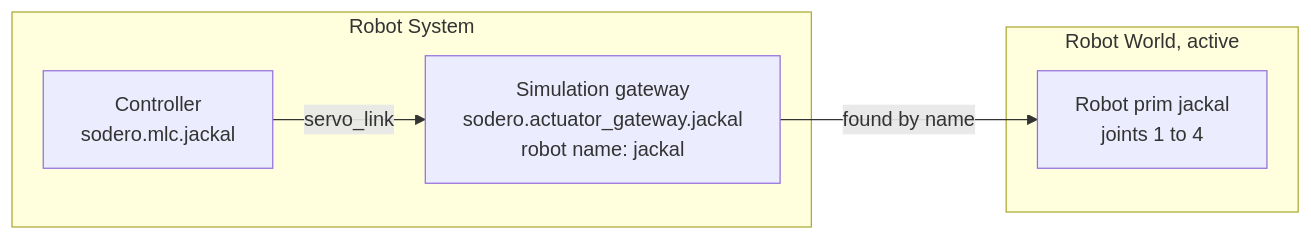
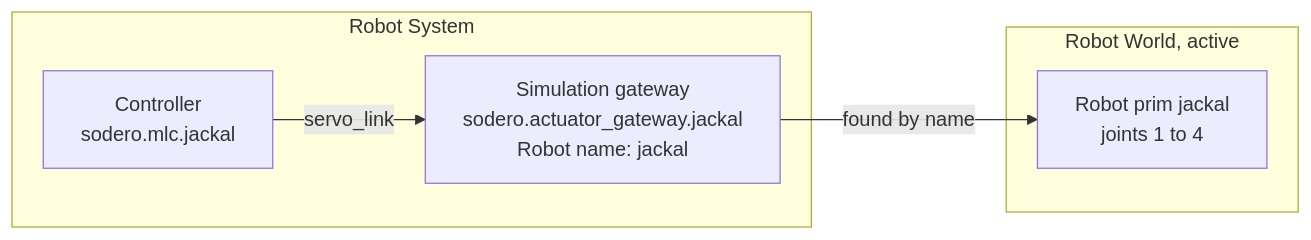
The diagram in sodero-cloud/docs/station/world_connection/index.md (Sodero-labs/docs), drawn with Mermaid before and after one commit. The commit also changed other lines of this file and 124 other files, not shown here.

````diff
--- a/sodero-cloud/docs/station/world_connection/index.md
+++ b/sodero-cloud/docs/station/world_connection/index.md
@@ -5,10 +5,10 @@
 ```mermaid
 flowchart LR
     subgraph RS ["Robot System"]
-        C["Controller<br>sodero.mlc.jackal"] -- servo_link --> G["Simulation gateway<br>sodero.actuator_gateway.jackal<br>robot name: jackal"]
+        C["Controller<br>sodero.mlc.jackal"] -- servo_link --> G["Simulation gateway<br>sodero.actuator_gateway.jackal<br>Robot name: jackal"]
     end
     subgraph W ["Robot World, active"]
         R["Robot prim jackal<br>joints 1 to 4"]
     end
     G -- "found by name" --> R
 ```
````
